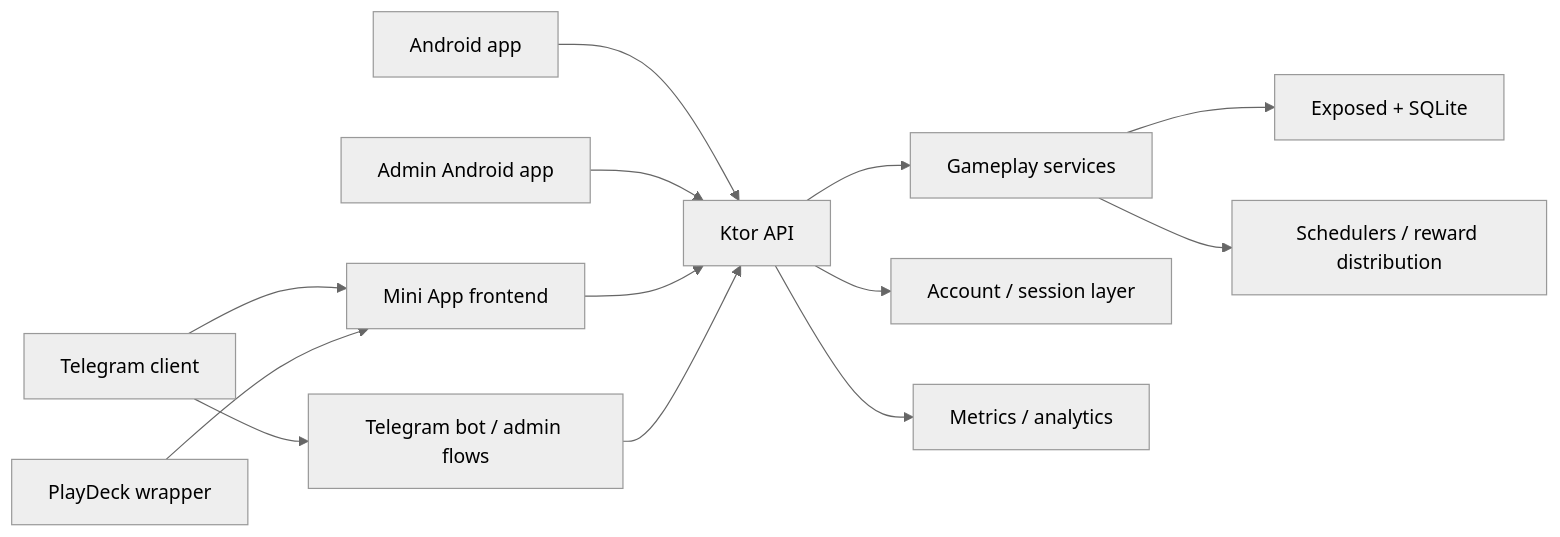
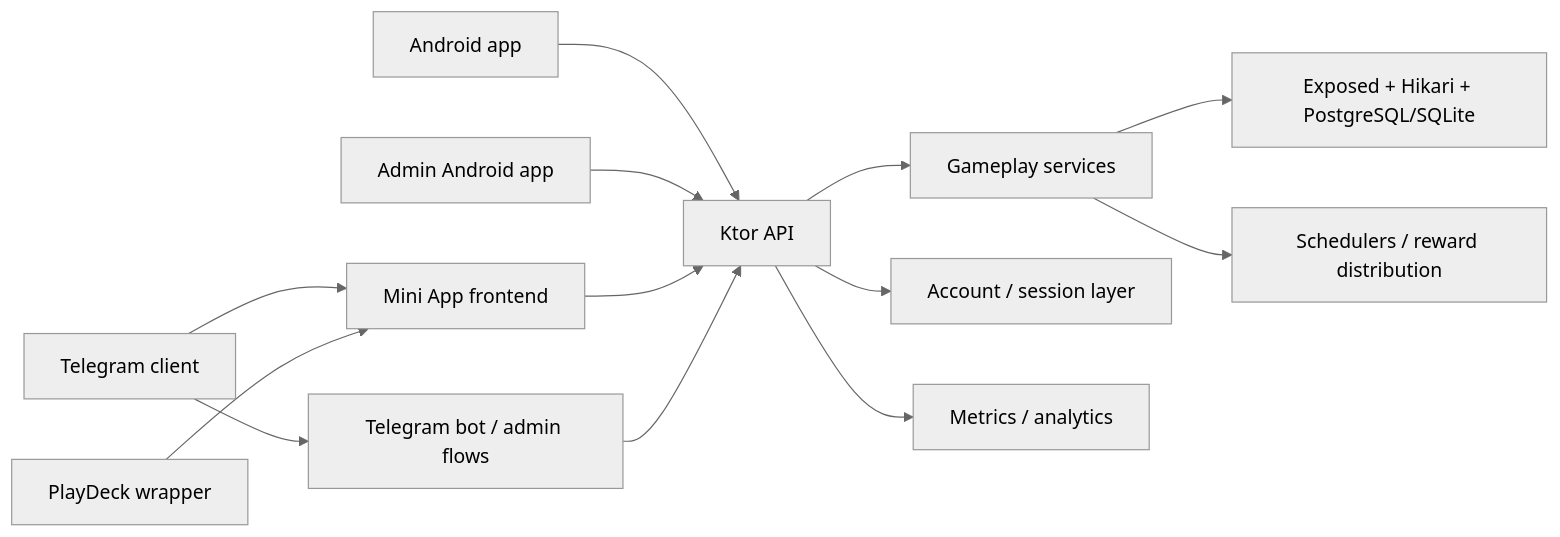
The diagram in README.md (anry88/RiverKing), drawn with Mermaid (neutral theme) before and after one commit. The commit also changed other lines of this file and 22 other files, not shown here.

````diff
--- a/README.md
+++ b/README.md
@@ -61,15 +61,15 @@
 ```mermaid
 flowchart LR
     A["Telegram client"] --> B["Mini App frontend"]
     L["PlayDeck wrapper"] --> B
     A --> C["Telegram bot / admin flows"]
     I["Android app"] --> D
     K["Admin Android app"] --> D
     B --> D["Ktor API"]
     C --> D
     D --> E["Gameplay services"]
     D --> J["Account / session layer"]
-    E --> F["Exposed + SQLite"]
+    E --> F["Exposed + Hikari + PostgreSQL/SQLite"]
     D --> G["Metrics / analytics"]
     E --> H["Schedulers / reward distribution"]
 ```
````
